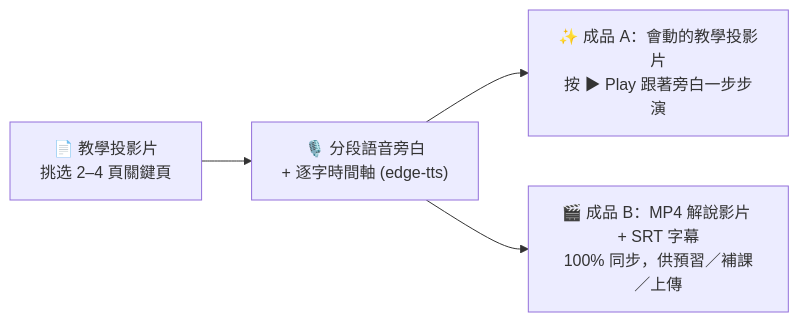
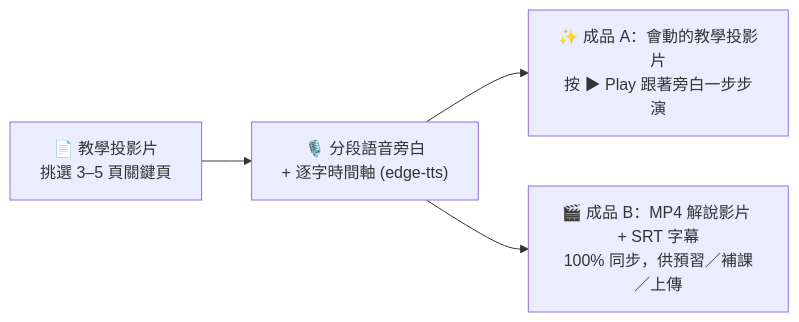
The first of 2 diagrams in README.md (MeiChen-ai/soil-motion-deck), drawn with Mermaid before and after one commit. The commit also changed other lines of this file, not shown here.

````diff
--- a/README.md
+++ b/README.md
@@ -20,6 +20,6 @@
 ```mermaid
 flowchart LR
-    Deck["📄 教學投影片<br/>挑选 2–4 頁關鍵頁"] --> TTS["🎙️ 分段語音旁白<br/>+ 逐字時間軸 (edge-tts)"]
+    Deck["📄 教學投影片<br/>挑選 3–5 頁關鍵頁"] --> TTS["🎙️ 分段語音旁白<br/>+ 逐字時間軸 (edge-tts)"]
     TTS --> OutA["✨ 成品 A：會動的教學投影片<br/>按 ▶ Play 跟著旁白一步步演"]
     TTS --> OutB["🎬 成品 B：MP4 解說影片 + SRT 字幕<br/>100% 同步，供預習／補課／上傳"]
 ```
````
